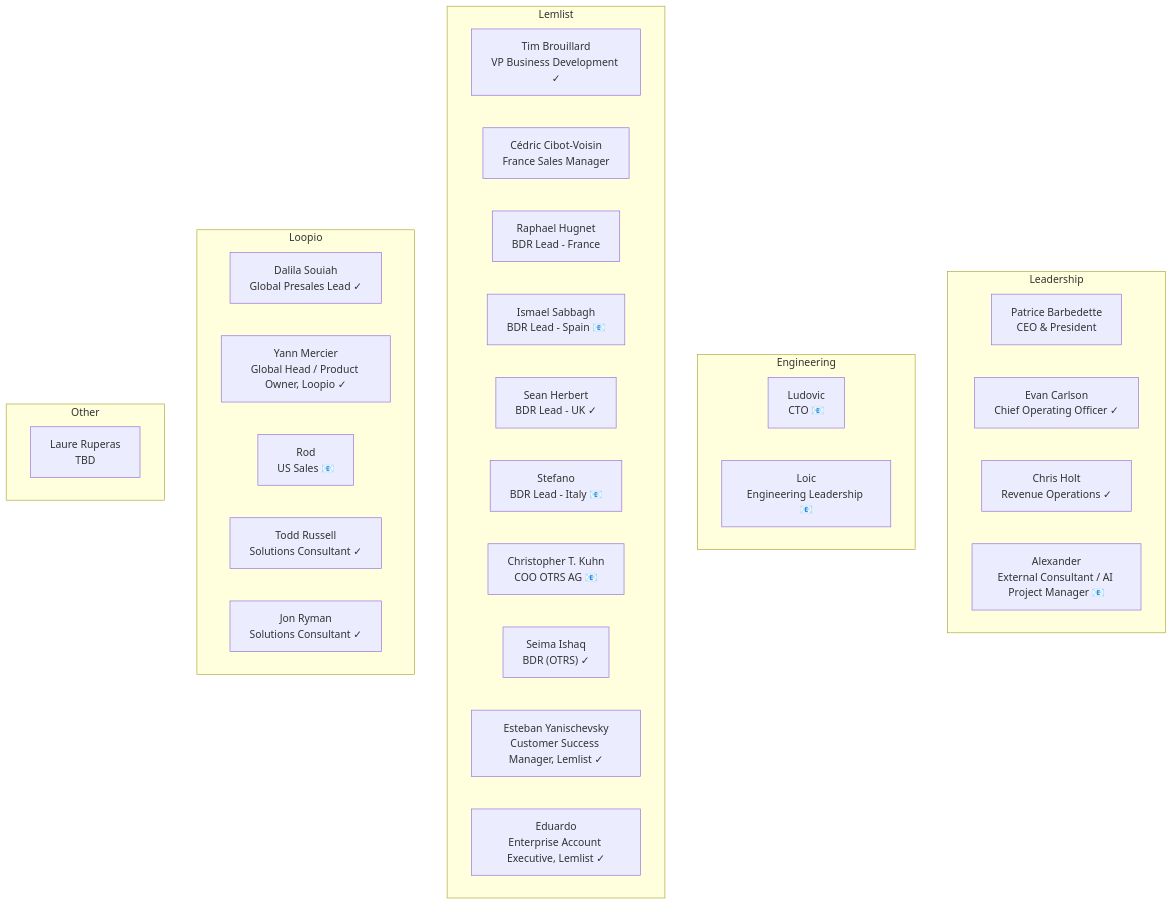
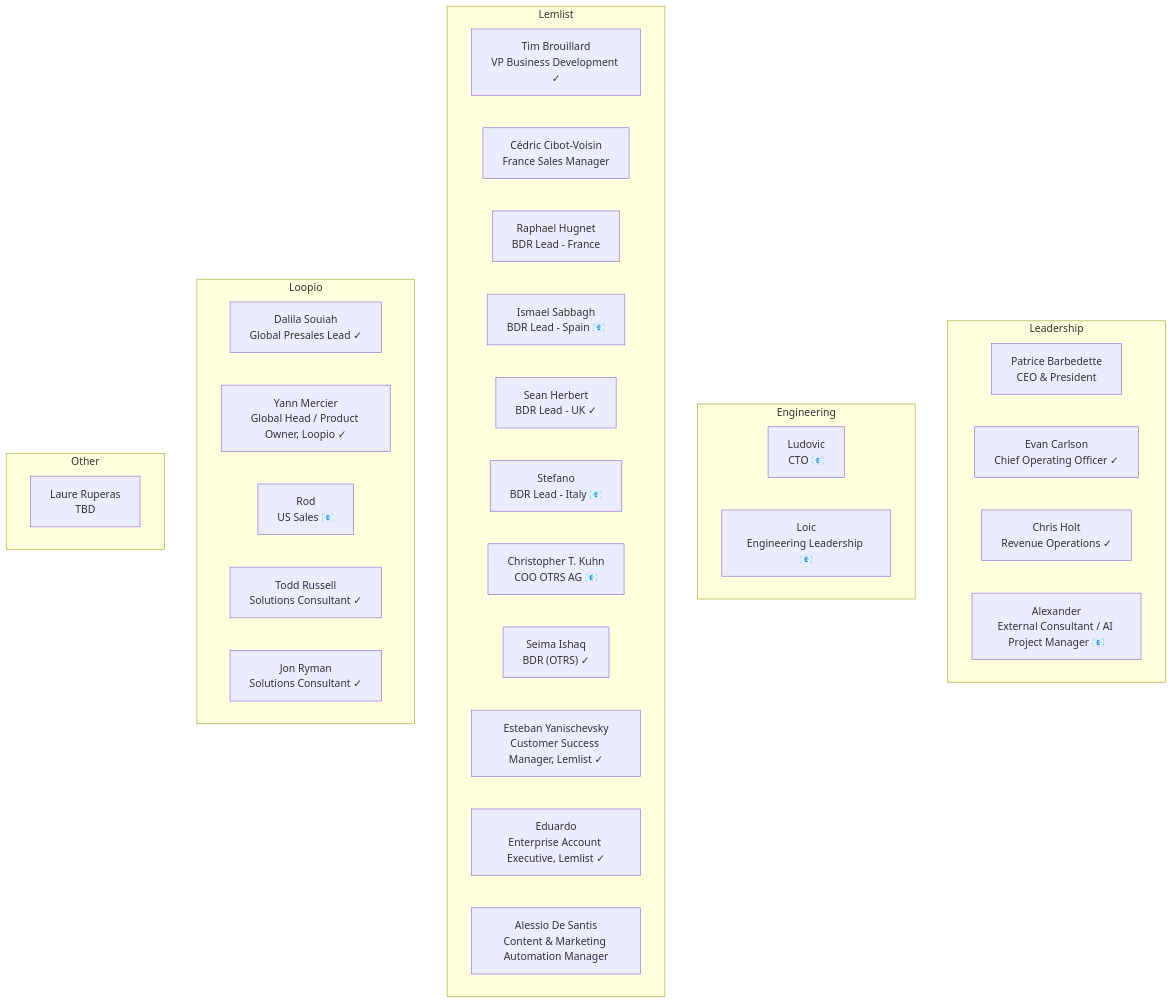
One commit to pqsoccerboy17/EasyVista changed the diagram in clients/easyvista/easyvista-stakeholders.mermaid. Above: the diagram before and after it, drawn with Mermaid. The commit also changed 5 other files, not shown here.

````diff
--- a/clients/easyvista/easyvista-stakeholders.mermaid
+++ b/clients/easyvista/easyvista-stakeholders.mermaid
@@ -1,35 +1,36 @@
 ```mermaid
 flowchart TB
     subgraph Leadership
         Patrice_Barbedette["Patrice Barbedette<br/>CEO & President "]
         Evan_Carlson["Evan Carlson<br/>Chief Operating Officer ✓"]
         Chris_Holt["Chris Holt<br/>Revenue Operations ✓"]
         Alexander["Alexander<br/>External Consultant / AI Project Manager 📧"]
     end
     subgraph Engineering
         Ludovic["Ludovic<br/>CTO 📧"]
         Loic["Loic<br/>Engineering Leadership 📧"]
     end
     subgraph Lemlist
         Tim_Brouillard["Tim Brouillard<br/>VP Business Development ✓"]
         Cédric_Cibot-Voisin["Cédric Cibot-Voisin<br/>France Sales Manager "]
         Raphael_Hugnet["Raphael Hugnet<br/>BDR Lead - France "]
         Ismael_Sabbagh["Ismael Sabbagh<br/>BDR Lead - Spain 📧"]
         Sean_Herbert["Sean Herbert<br/>BDR Lead - UK ✓"]
         Stefano["Stefano<br/>BDR Lead - Italy 📧"]
         Christopher_T._Kuhn["Christopher T. Kuhn<br/>COO OTRS AG 📧"]
         Seima_Ishaq["Seima Ishaq<br/>BDR (OTRS) ✓"]
         Esteban_Yanischevsky["Esteban Yanischevsky<br/>Customer Success Manager, Lemlist ✓"]
         Eduardo["Eduardo<br/>Enterprise Account Executive, Lemlist ✓"]
+        Alessio_De_Santis["Alessio De Santis<br/>Content & Marketing Automation Manager "]
     end
     subgraph Loopio
         Dalila_Souiah["Dalila Souiah<br/>Global Presales Lead ✓"]
         Yann_Mercier["Yann Mercier<br/>Global Head / Product Owner, Loopio ✓"]
         Rod["Rod<br/>US Sales 📧"]
         Todd_Russell["Todd Russell<br/>Solutions Consultant ✓"]
         Jon_Ryman["Jon Ryman<br/>Solutions Consultant ✓"]
     end
     subgraph Other
         Laure_Ruperas["Laure Ruperas<br/>TBD "]
     end
 ```
````
